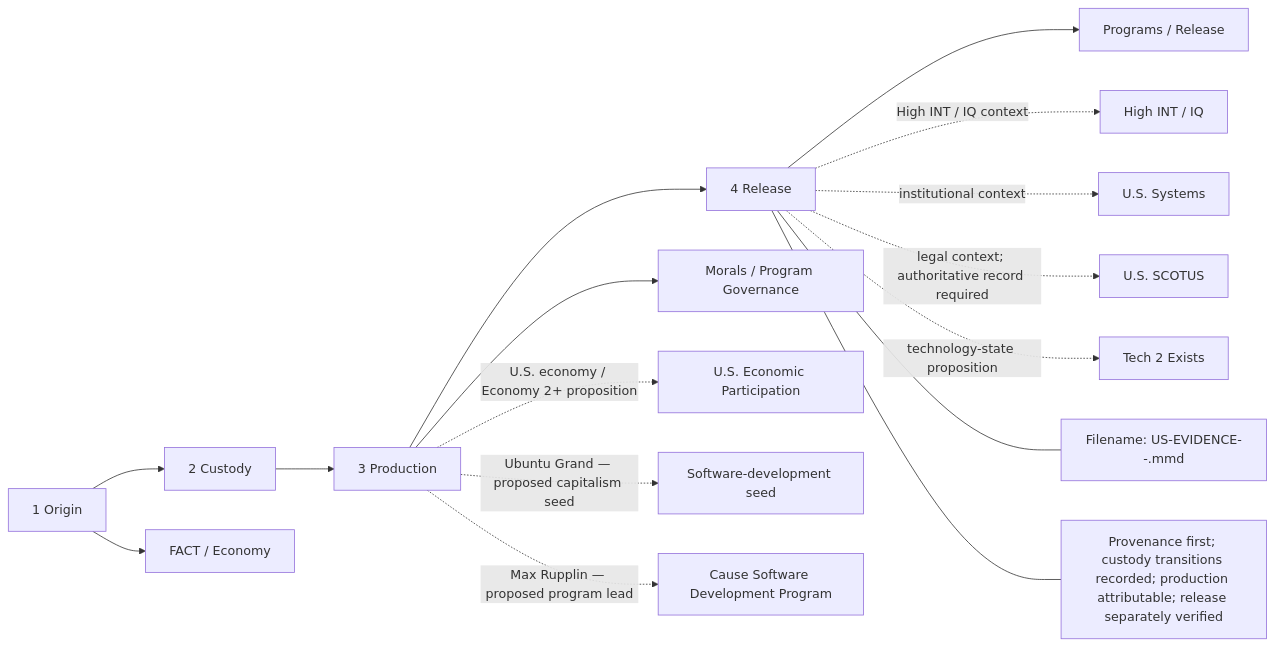
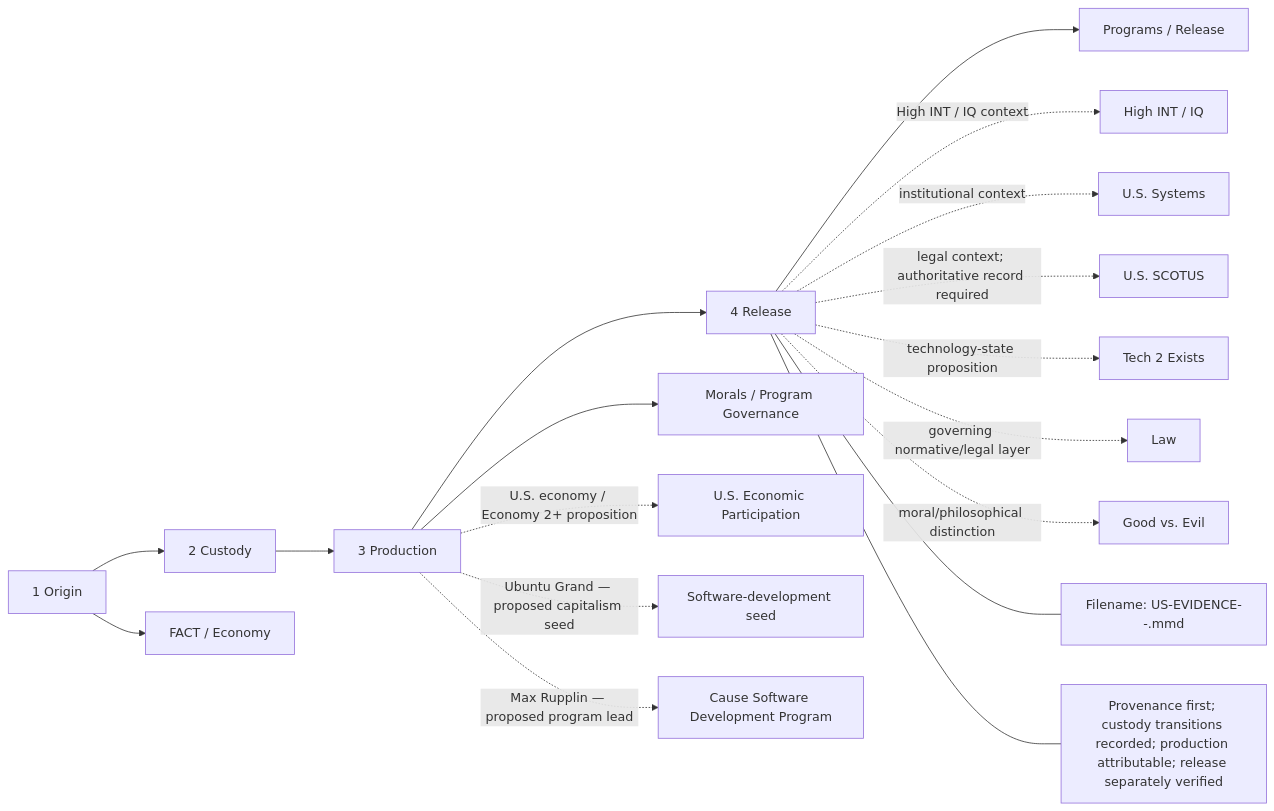
The diagram in evidence/US-EVIDENCE-README.mmd (mearvk/Java.Web.Server.Telnet.Front.Java.21), drawn with Mermaid before and after one commit. The commit also changed other lines of this file, not shown here.

Commit message:
Add Law and Good vs. Evil to the 1-2-3-4 evidence proposition

````diff
--- a/evidence/US-EVIDENCE-README.mmd
+++ b/evidence/US-EVIDENCE-README.mmd
@@ -44,16 +44,18 @@
 ```mermaid
 flowchart LR
     E1["1 Origin"] --> E2["2 Custody"] --> E3["3 Production"] --> E4["4 Release"]
     E1 --> F["FACT / Economy"]
     E3 --> M["Morals / Program Governance"]
     E4 --> P["Programs / Release"]
     E3 -. "U.S. economy / Economy 2+ proposition" .-> ECON["U.S. Economic Participation"]
     E3 -. "Ubuntu Grand — proposed capitalism seed" .-> SEED["Software-development seed"]
     E3 -. "Max Rupplin — proposed program lead" .-> LEAD["Cause Software Development Program"]
     E4 -. "High INT / IQ context" .-> IQ["High INT / IQ"]
     E4 -. "institutional context" .-> SYS["U.S. Systems"]
     E4 -. "legal context; authoritative record required" .-> SCOTUS["U.S. SCOTUS"]
     E4 -. "technology-state proposition" .-> TECH2["Tech 2 Exists"]
+    E4 -. "governing normative/legal layer" .-> LAW["Law"]
+    E4 -. "moral/philosophical distinction" .-> GOOD["Good vs. Evil"]
     E4 --- S["Filename: US-EVIDENCE-<stage>-<identifier>.mmd"]
     E4 --- R["Provenance first; custody transitions recorded; production attributable; release separately verified"]
 ```
````
